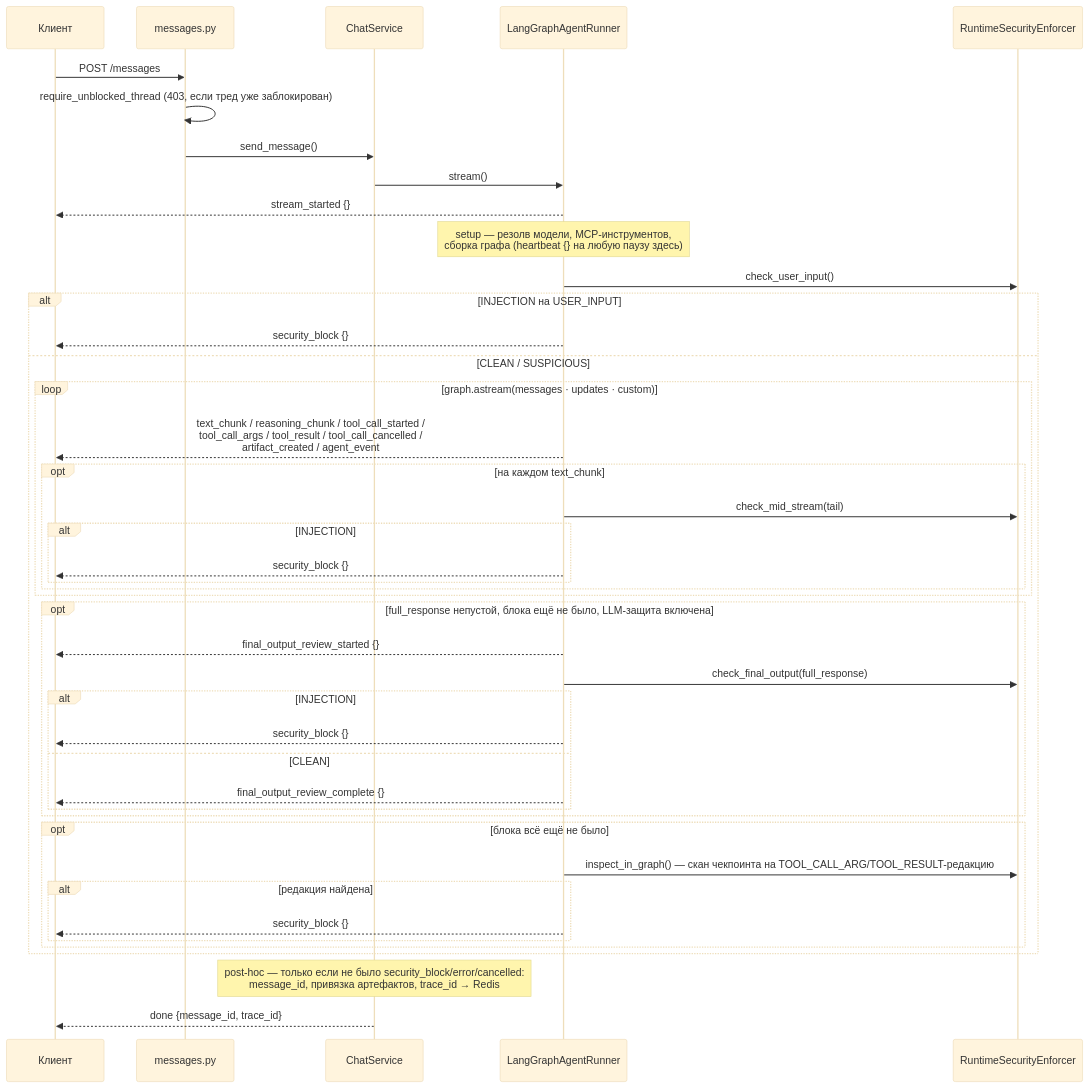
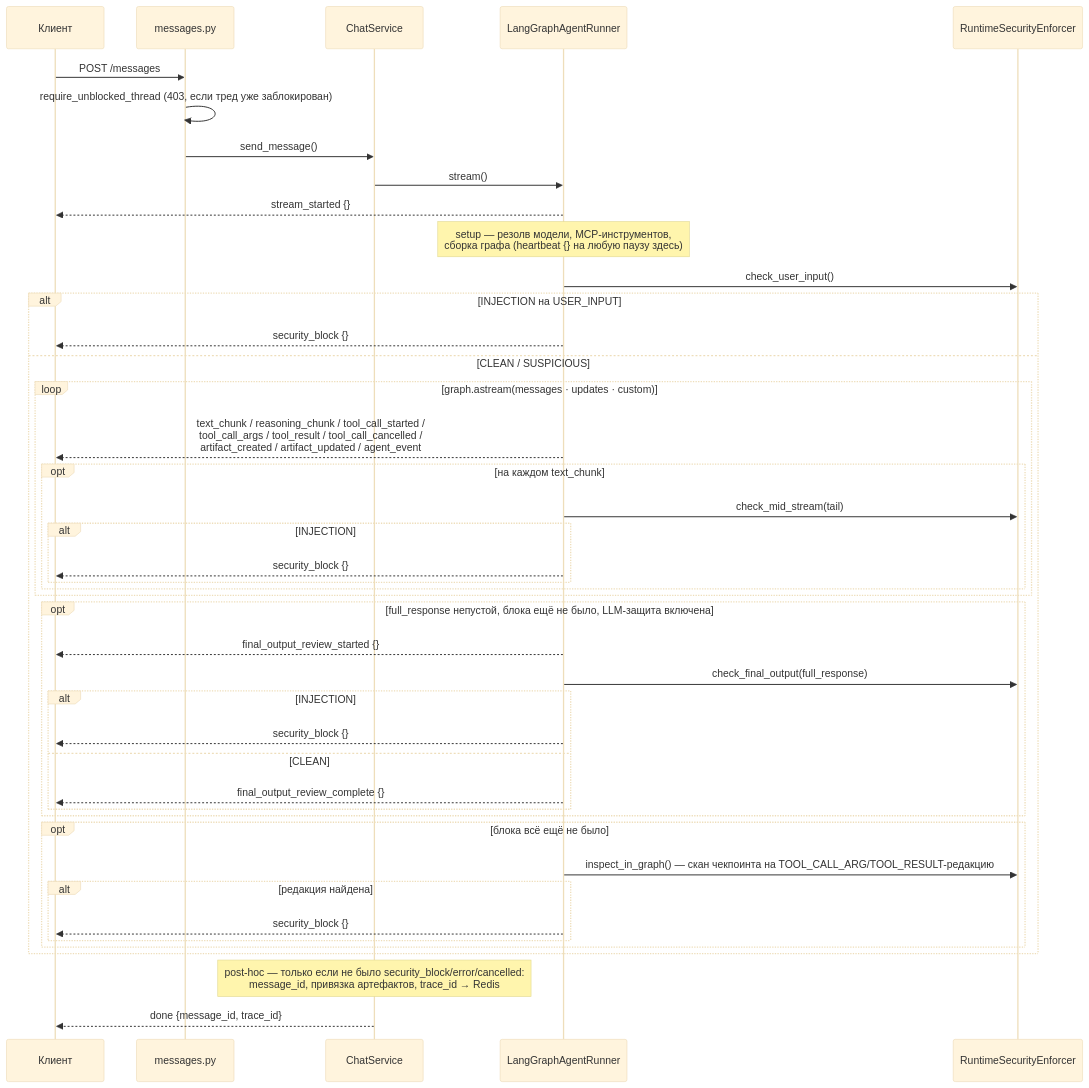
One commit to Bbar0n234/learnflow-ai changed the first of 2 diagrams in doc/tech/streaming.md. Above: the diagram before and after it, drawn with Mermaid (base theme). The commit also changed other lines of this file and 21 other files, not shown here.

````diff
--- a/doc/tech/streaming.md
+++ b/doc/tech/streaming.md
@@ -125,49 +128,49 @@
 ```mermaid
 sequenceDiagram
     participant C as Клиент
     participant API as messages.py
     participant SVC as ChatService
     participant R as LangGraphAgentRunner
     participant SEC as RuntimeSecurityEnforcer
 
     C->>API: POST /messages
     API->>API: require_unblocked_thread (403, если тред уже заблокирован)
     API->>SVC: send_message()
     SVC->>R: stream()
     R-->>C: stream_started {}
 
     Note over R: setup — резолв модели, MCP-инструментов,<br/>сборка графа (heartbeat {} на любую паузу здесь)
 
     R->>SEC: check_user_input()
     alt INJECTION на USER_INPUT
         R-->>C: security_block {}
     else CLEAN / SUSPICIOUS
         loop graph.astream(messages · updates · custom)
-            R-->>C: text_chunk / reasoning_chunk / tool_call_started /<br/>tool_call_args / tool_result / tool_call_cancelled /<br/>artifact_created / agent_event
+            R-->>C: text_chunk / reasoning_chunk / tool_call_started /<br/>tool_call_args / tool_result / tool_call_cancelled /<br/>artifact_created / artifact_updated / agent_event
             opt на каждом text_chunk
                 R->>SEC: check_mid_stream(tail)
                 alt INJECTION
                     R-->>C: security_block {}
                 end
             end
         end
         opt full_response непустой, блока ещё не было, LLM-защита включена
             R-->>C: final_output_review_started {}
             R->>SEC: check_final_output(full_response)
             alt INJECTION
                 R-->>C: security_block {}
             else CLEAN
                 R-->>C: final_output_review_complete {}
             end
         end
         opt блока всё ещё не было
             R->>SEC: inspect_in_graph() — скан чекпоинта на TOOL_CALL_ARG/TOOL_RESULT-редакцию
             alt редакция найдена
                 R-->>C: security_block {}
             end
         end
     end
 
     Note over SVC: post-hoc — только если не было security_block/error/cancelled:<br/>message_id, привязка артефактов, trace_id → Redis
     SVC-->>C: done {message_id, trace_id}
 ```
````
